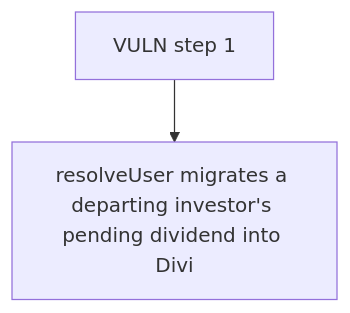
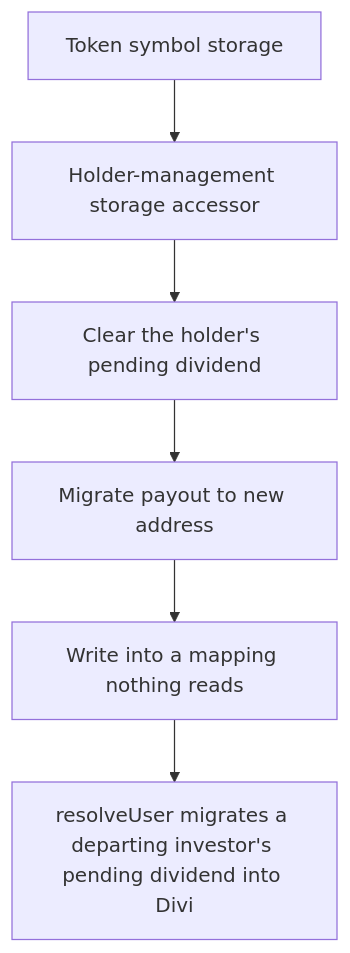
One commit to sanbir/evm-hack-registry changed the diagram in 63778-pending-payouts-when-resolving-an-investor-are-lost-because_exp/63778-pending-payouts-when-resolving-an-investor-are-lost-because_exp.md. Above: the diagram before and after it, drawn with Mermaid. The commit also changed other lines of this file and 79 other files, not shown here.

````diff
--- a/63778-pending-payouts-when-resolving-an-investor-are-lost-because_exp/63778-pending-payouts-when-resolving-an-investor-are-lost-because_exp.md
+++ b/63778-pending-payouts-when-resolving-an-investor-are-lost-because_exp/63778-pending-payouts-when-resolving-an-investor-are-lost-because_exp.md
@@ -28,6 +28,14 @@
 ```mermaid
 flowchart TD
-  S0["VULN step 1"]
+  S0["Token symbol storage"]
+  S1["Holder-management storage accessor"]
+  S2["Clear the holder's pending dividend"]
+  S3["Migrate payout to new address"]
+  S4["Write into a mapping nothing reads"]
   H["resolveUser migrates a departing investor's pending dividend into Divi"]
-  S0 --> H
+  S0 --> S1
+  S1 --> S2
+  S2 --> S3
+  S3 --> S4
+  S4 --> H
 ```
````
